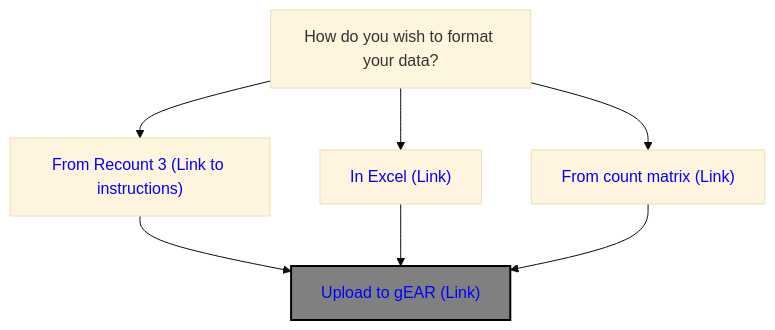
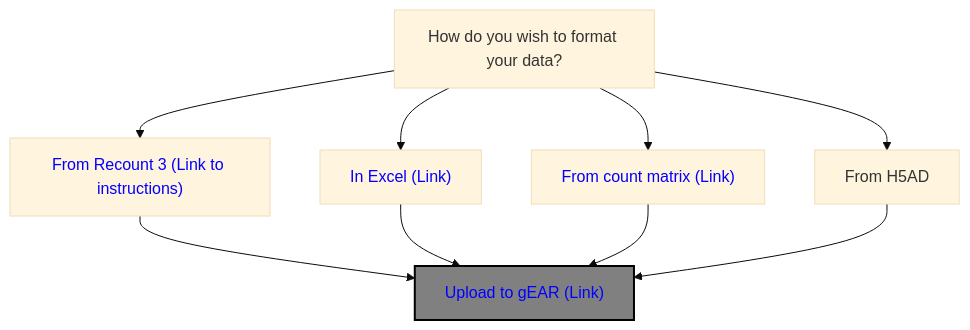
One commit to IGS/gEAR changed the first of 2 diagrams in docs/wiki/UploadingOverview.md. Above: the diagram before and after it, drawn with Mermaid (base theme). The commit also changed other lines of this file, not shown here.

Commit message:
Add link for H5AD format upload instructions

````diff
--- a/docs/wiki/UploadingOverview.md
+++ b/docs/wiki/UploadingOverview.md
@@ -39,21 +39,23 @@
 ```mermaid
 graph TB
 
 A["How do you wish to format your data?"]
 A-->B["In Excel (Link)"]
 A-->D["From count matrix (Link)"]
 A-->E["From Recount 3 (Link to instructions)"]
+A-->G["From H5AD"]
 E-->F["Upload to gEAR (Link)"]
 B-->F
 D-->F
+G-->F
 
 
 click B "https://docs.google.com/presentation/d/1lU7wqWmeW907GBGfK0oBi06hcrvra-PY/edit#slide=id.p1" "Excel upload instructions"
 click D "https://github.com/IGS/gEAR/wiki/Prepare-3-tab-format-for-RNAseq-dataset-uploading" "Preparing count matrix for upload"
 click E "https://github.com/songeric1107/Host_data_on_gEAR/blob/225e61631db4f0a60acb3abdb90ba55ace814e87/script/prepare_from_recount3.md" "Preparing Recount3 data for upload"
 click F "https://umgear.org/upload_dataset.html" "Uploading to gEAR"
 style F fill:gray,stroke:black,stroke-width:2px,color:blue
 style D color:blue
 style E color:blue
 style B color:blue
 ```
````
